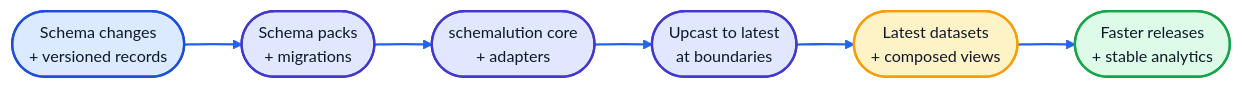
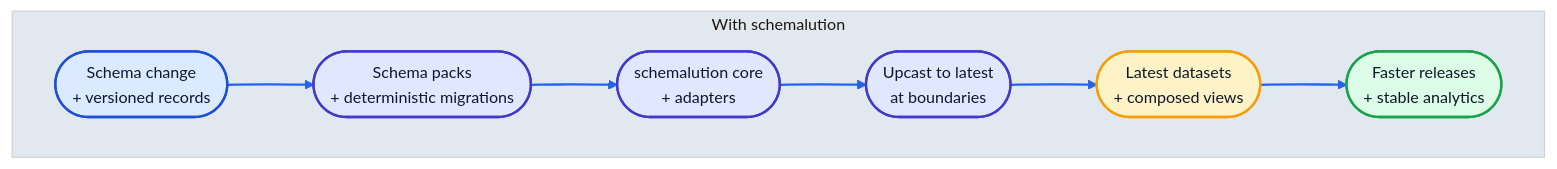
Before and after one commit to cronologi/schemalution: the third of 4 diagrams in README.md, drawn with Mermaid. The commit also changed other lines of this file, not shown here.

Commit message:
fix: enhance value flow diagrams for clarity and detail in schema evolution process

````diff
--- a/README.md
+++ b/README.md
@@ -55,21 +83,29 @@
 ```mermaid
 %%{init: {'theme': 'base', 'themeVariables': {'primaryColor': '#E6F4FF', 'primaryTextColor': '#0F172A', 'primaryBorderColor': '#1D4ED8', 'lineColor': '#2563EB', 'secondaryColor': '#F1F5F9', 'tertiaryColor': '#E2E8F0', 'edgeLabelBackground': '#F8FAFC', 'fontFamily': 'Inter, system-ui, sans-serif', 'fontSize': '14px'}}}%%
-flowchart LR
-  A([Schema changes </br> + versioned records]) --> B([Schema packs </br> + migrations])
-  B --> C([schemalution core </br> + adapters])
-  C --> D([Upcast to latest </br> at boundaries])
-  D --> E([Latest datasets </br> + composed views])
-  E --> F([Faster releases </br> + stable analytics])
+flowchart 
+  
+  subgraph LR S["With schemalution"]
+    S1([Schema change </br> + versioned records]) --> S2([Schema packs </br> + deterministic migrations])
+    S2 --> S3([schemalution core </br> + adapters])
+    S3 --> S4([Upcast to latest </br> at boundaries])
+    S4 --> S5([Latest datasets </br> + composed views])
+    S5 --> S6([Faster releases </br> + stable analytics])
+  end
 
+  classDef pain fill:#FEE2E2,stroke:#EF4444,stroke-width:2px,color:#991B1B;
+  classDef effort fill:#FFEDD5,stroke:#F97316,stroke-width:2px,color:#9A3412;
   classDef input fill:#DBEAFE,stroke:#1D4ED8,stroke-width:2px,color:#0F172A;
   classDef engine fill:#E0E7FF,stroke:#4338CA,stroke-width:2px,color:#0F172A;
   classDef output fill:#FEF3C7,stroke:#F59E0B,stroke-width:2px,color:#0F172A;
   classDef outcome fill:#DCFCE7,stroke:#16A34A,stroke-width:2px,color:#0F172A;
 
-  class A input;
-  class B,C,D engine;
-  class E output;
-  class F outcome;
+  class W1 pain;
+  class W2,W3,W4 effort;
+  class W5 pain;
+  class S1 input;
+  class S2,S3,S4 engine;
+  class S5 output;
+  class S6 outcome;
 
   linkStyle default stroke-width:2px;
 ```
````
